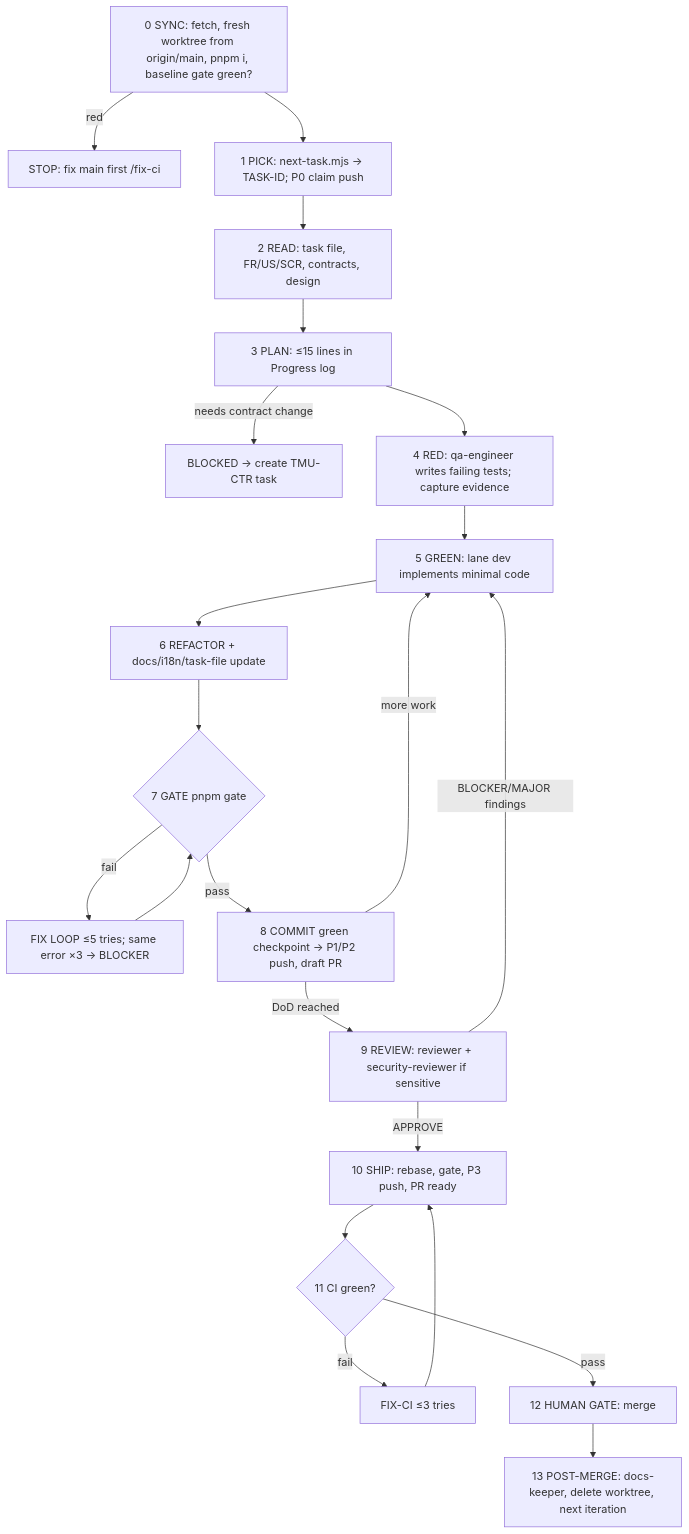
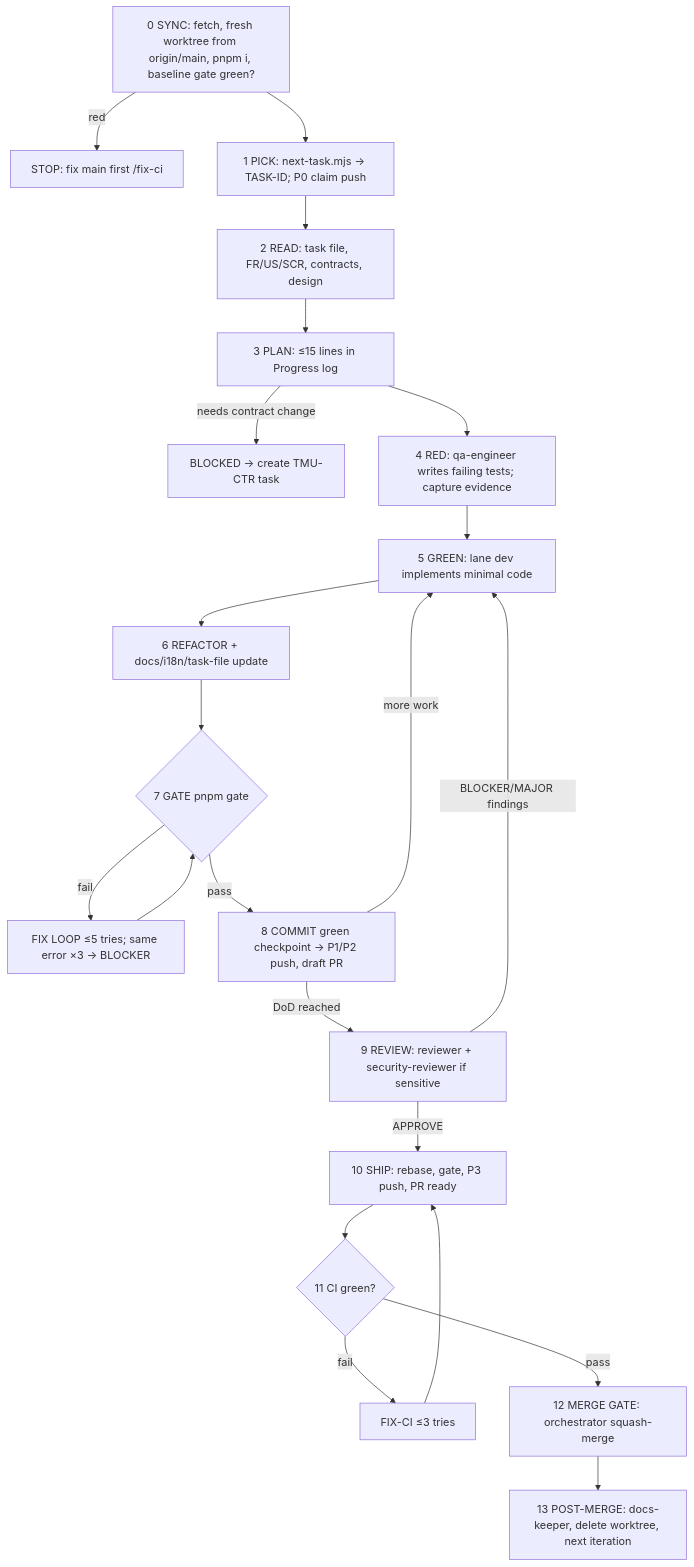
One commit to HanifIsya/temuUNAIR-v2 changed the diagram in docs/05-workflow/02-agent-loop.md. Above: the diagram before and after it, drawn with Mermaid. The commit also changed other lines of this file and 31 other files, not shown here.

````diff
--- a/docs/05-workflow/02-agent-loop.md
+++ b/docs/05-workflow/02-agent-loop.md
@@ -17,23 +17,23 @@
 ```mermaid
 flowchart TD
   S0[0 SYNC: fetch, fresh worktree from origin/main, pnpm i, baseline gate green?] -->|red| E0[STOP: fix main first /fix-ci]
   S0 --> S1[1 PICK: next-task.mjs → TASK-ID; P0 claim push]
   S1 --> S2[2 READ: task file, FR/US/SCR, contracts, design]
   S2 --> S3[3 PLAN: ≤15 lines in Progress log]
   S3 -->|needs contract change| E3[BLOCKED → create TMU-CTR task]
   S3 --> S4[4 RED: qa-engineer writes failing tests; capture evidence]
   S4 --> S5[5 GREEN: lane dev implements minimal code]
   S5 --> S6[6 REFACTOR + docs/i18n/task-file update]
   S6 --> S7{7 GATE pnpm gate}
   S7 -->|fail| F[FIX LOOP ≤5 tries; same error ×3 → BLOCKER]
   F --> S7
   S7 -->|pass| S8[8 COMMIT green checkpoint → P1/P2 push, draft PR]
   S8 -->|more work| S5
   S8 -->|DoD reached| S9[9 REVIEW: reviewer + security-reviewer if sensitive]
   S9 -->|BLOCKER/MAJOR findings| S5
   S9 -->|APPROVE| S10[10 SHIP: rebase, gate, P3 push, PR ready]
   S10 --> S11{11 CI green?}
   S11 -->|fail| G[FIX-CI ≤3 tries] --> S10
-  S11 -->|pass| H[12 HUMAN GATE: merge]
+  S11 -->|pass| H[12 MERGE GATE: orchestrator squash-merge]
   H --> S13[13 POST-MERGE: docs-keeper, delete worktree, next iteration]
 ```
````
